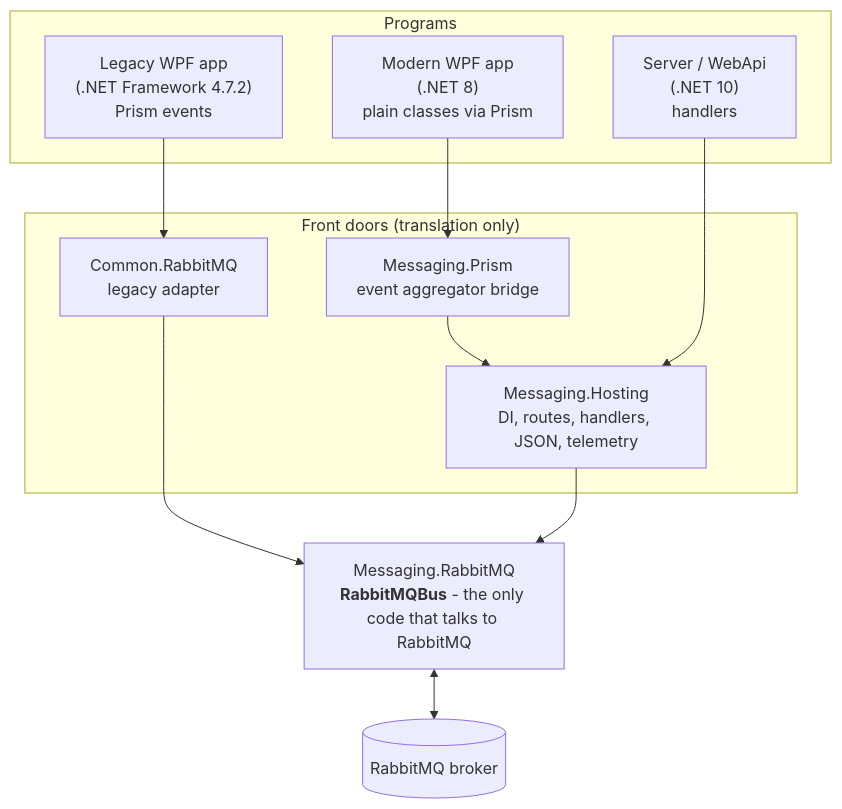
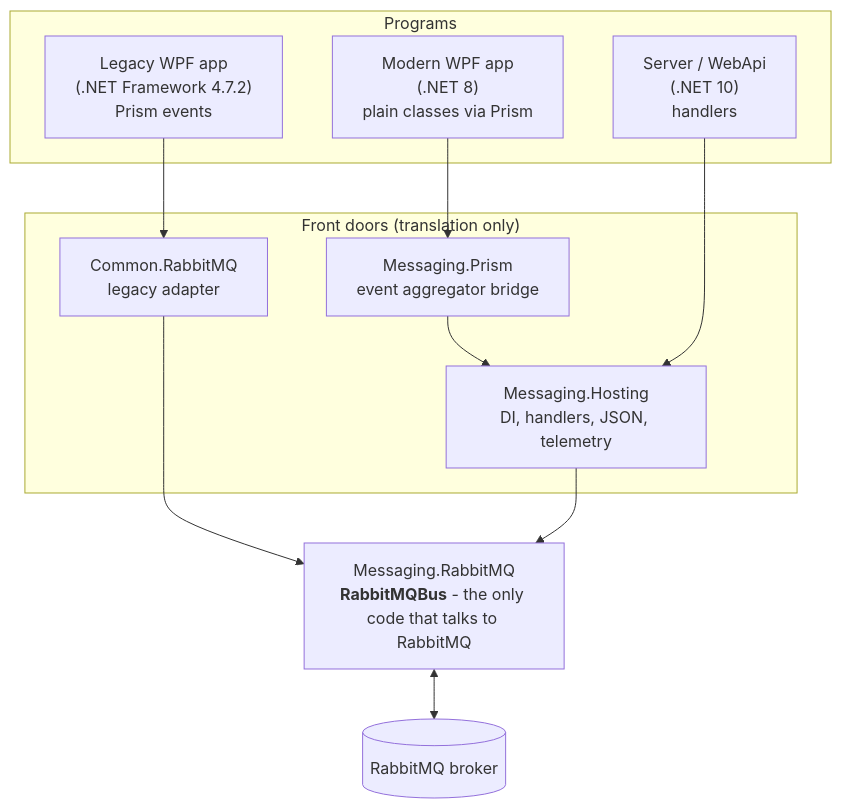
Before and after one commit to ncowine/CleanArchitecture: the first of 3 diagrams in docs/messaging/README.md, drawn with Mermaid. The commit also changed other lines of this file and 22 other files, not shown here.

First line of the commit message:
refactor(messaging): drop Route<T>() and pick handlers up from an assembly

````diff
--- a/docs/messaging/README.md
+++ b/docs/messaging/README.md
@@ -113,19 +113,19 @@
 ```mermaid
 flowchart TB
     subgraph Apps["Programs"]
         L["Legacy WPF app<br/>(.NET Framework 4.7.2)<br/>Prism events"]
         M["Modern WPF app<br/>(.NET 8)<br/>plain classes via Prism"]
         S["Server / WebApi<br/>(.NET 10)<br/>handlers"]
     end
     subgraph FrontDoors["Front doors (translation only)"]
         A["Common.RabbitMQ<br/>legacy adapter"]
         P["Messaging.Prism<br/>event aggregator bridge"]
-        H["Messaging.Hosting<br/>DI, routes, handlers, JSON, telemetry"]
+        H["Messaging.Hosting<br/>DI, handlers, JSON, telemetry"]
     end
     Core["Messaging.RabbitMQ<br/><b>RabbitMQBus</b> - the only code that talks to RabbitMQ"]
     B[("RabbitMQ broker")]
     L --> A --> Core
     M --> P --> H
     S --> H --> Core
     Core <--> B
 ```
````
